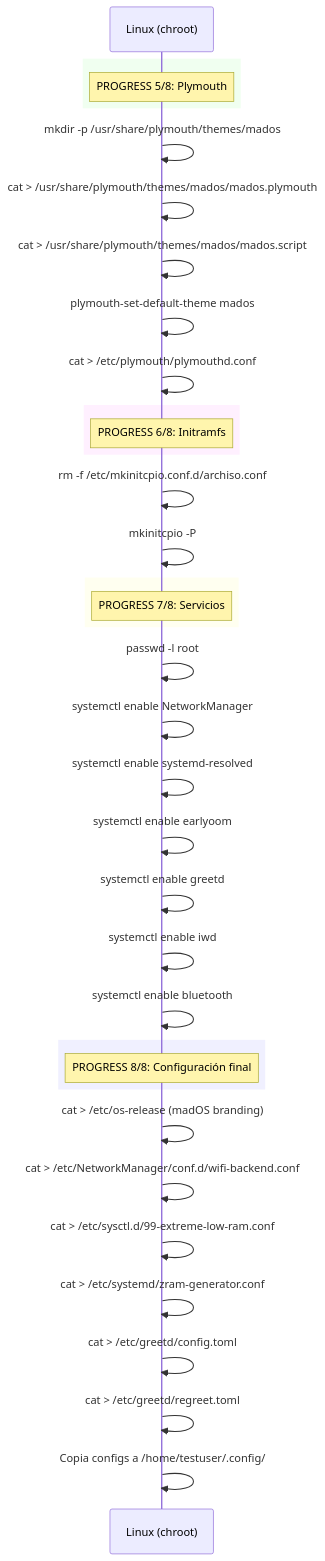
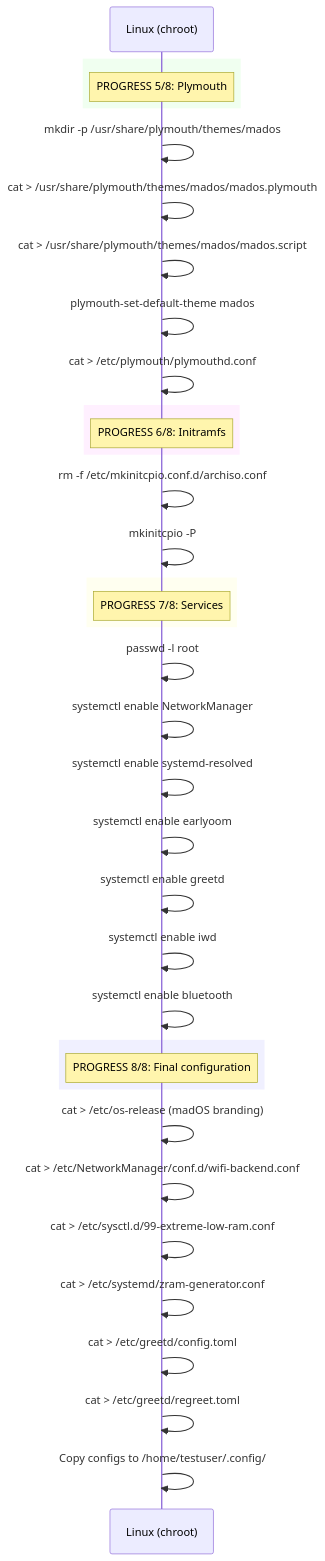
Before and after one commit to madoslinux/mados-installer: diagram 11 of 12 in INSTALLATION_FLOW.md, drawn with Mermaid. The commit also changed other lines of this file and 1 other file, not shown here.

First line of the commit message:
fix: add disk variable to config script for BIOS mode

````diff
--- a/INSTALLATION_FLOW.md
+++ b/INSTALLATION_FLOW.md
@@ -302,41 +302,41 @@
 ```mermaid
 sequenceDiagram
     participant System as Linux (chroot)
 
     rect rgb(240, 255, 240)
         Note over System: PROGRESS 5/8: Plymouth
     end
     System->>System: mkdir -p /usr/share/plymouth/themes/mados
     System->>System: cat > /usr/share/plymouth/themes/mados/mados.plymouth
     System->>System: cat > /usr/share/plymouth/themes/mados/mados.script
     System->>System: plymouth-set-default-theme mados
     System->>System: cat > /etc/plymouth/plymouthd.conf
 
     rect rgb(255, 240, 255)
         Note over System: PROGRESS 6/8: Initramfs
     end
     System->>System: rm -f /etc/mkinitcpio.conf.d/archiso.conf
     System->>System: mkinitcpio -P
 
     rect rgb(255, 255, 240)
-        Note over System: PROGRESS 7/8: Servicios
+        Note over System: PROGRESS 7/8: Services
     end
     System->>System: passwd -l root
     System->>System: systemctl enable NetworkManager
     System->>System: systemctl enable systemd-resolved
     System->>System: systemctl enable earlyoom
     System->>System: systemctl enable greetd
     System->>System: systemctl enable iwd
     System->>System: systemctl enable bluetooth
 
     rect rgb(240, 240, 255)
-        Note over System: PROGRESS 8/8: Configuración final
+        Note over System: PROGRESS 8/8: Final configuration
     end
     System->>System: cat > /etc/os-release (madOS branding)
     System->>System: cat > /etc/NetworkManager/conf.d/wifi-backend.conf
     System->>System: cat > /etc/sysctl.d/99-extreme-low-ram.conf
     System->>System: cat > /etc/systemd/zram-generator.conf
     System->>System: cat > /etc/greetd/config.toml
     System->>System: cat > /etc/greetd/regreet.toml
-    System->>System: Copia configs a /home/testuser/.config/
+    System->>System: Copy configs to /home/testuser/.config/
 ```
````
